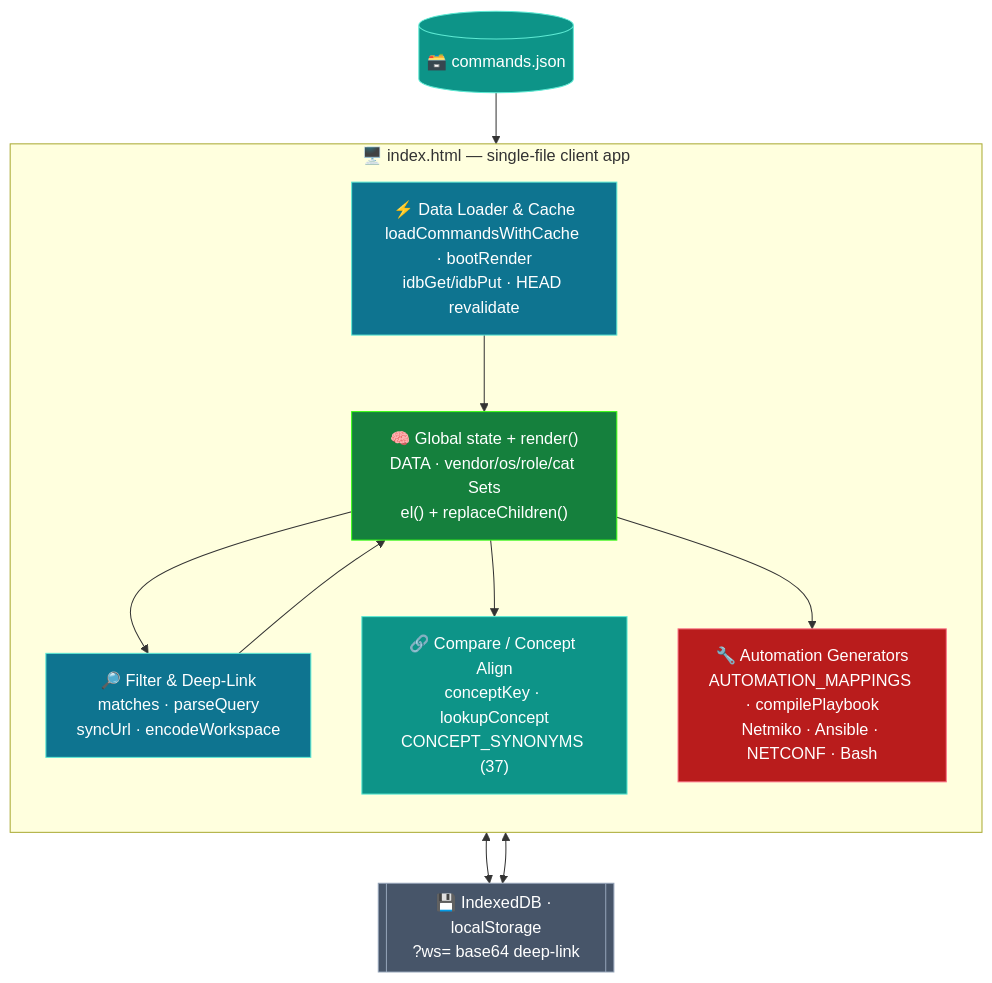
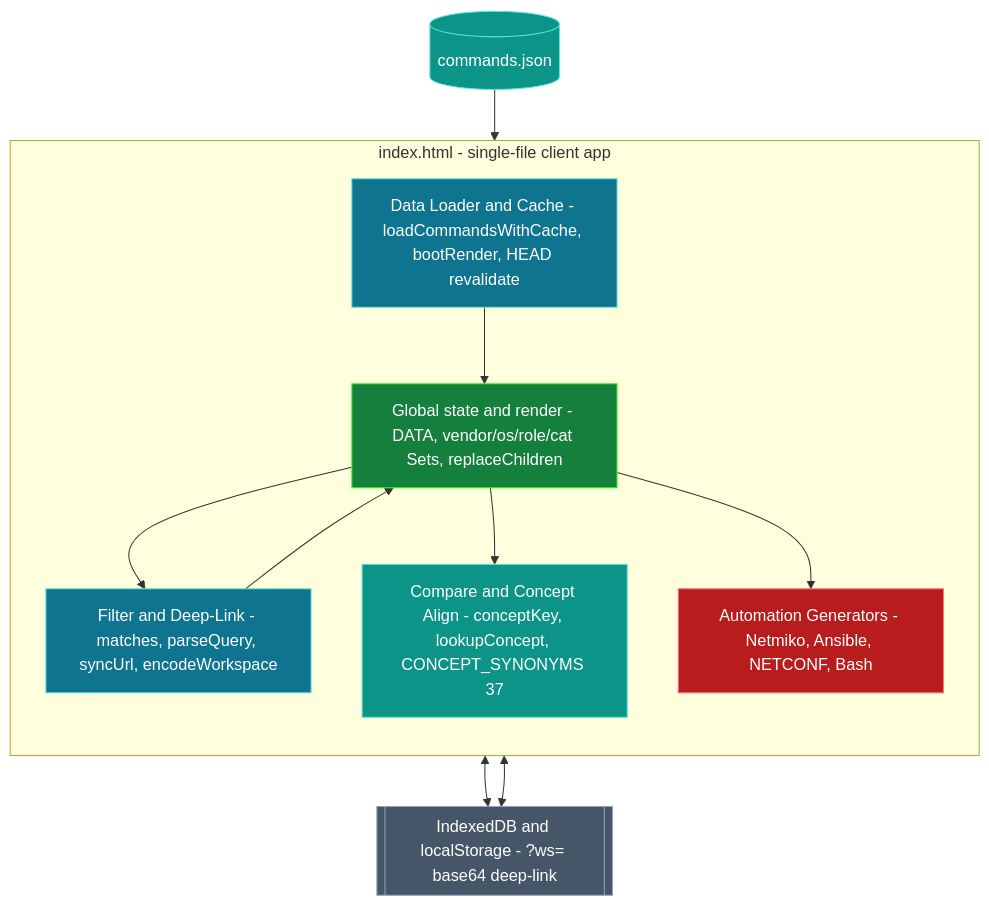
One commit to gesh75/multivendor-cli-configurator changed the second of 6 diagrams in docs/ARCHITECTURE.md. Above: the diagram before and after it, drawn with Mermaid. The commit also changed other lines of this file and 1 other file, not shown here.

Commit message:
docs: harden mermaid diagrams for reliable GitHub rendering

````diff
--- a/docs/ARCHITECTURE.md
+++ b/docs/ARCHITECTURE.md
@@ -82,28 +82,28 @@
 ```mermaid
 flowchart TB
-    subgraph BROWSER["🖥️ index.html — single-file client app"]
+    subgraph BROWSER["index.html - single-file client app"]
       direction TB
-      boot["⚡ Data Loader & Cache<br/>loadCommandsWithCache · bootRender<br/>idbGet/idbPut · HEAD revalidate"]:::svc
-      state["🧠 Global state + render()<br/>DATA · vendor/os/role/cat Sets<br/>el() + replaceChildren()"]:::core
-      filter["🔎 Filter & Deep-Link<br/>matches · parseQuery<br/>syncUrl · encodeWorkspace"]:::svc
-      compare["🔗 Compare / Concept Align<br/>conceptKey · lookupConcept<br/>CONCEPT_SYNONYMS (37)"]:::accent
-      auto["🔧 Automation Generators<br/>AUTOMATION_MAPPINGS · compilePlaybook<br/>Netmiko · Ansible · NETCONF · Bash"]:::danger
+      boot["Data Loader and Cache - loadCommandsWithCache, bootRender, HEAD revalidate"]:::svc
+      state["Global state and render - DATA, vendor/os/role/cat Sets, replaceChildren"]:::core
+      filter["Filter and Deep-Link - matches, parseQuery, syncUrl, encodeWorkspace"]:::svc
+      compare["Compare and Concept Align - conceptKey, lookupConcept, CONCEPT_SYNONYMS 37"]:::accent
+      auto["Automation Generators - Netmiko, Ansible, NETCONF, Bash"]:::danger
     end
 
-    json[("🗃️ commands.json")]:::store
-    persist[["💾 IndexedDB · localStorage<br/>?ws= base64 deep-link"]]:::ext
+    json[("commands.json")]:::store
+    persist[["IndexedDB and localStorage - ?ws= base64 deep-link"]]:::ext
 
     json --> boot --> state
     state --> filter --> state
     state --> compare
     state --> auto
     boot <--> persist
     filter <--> persist
 
     classDef core   fill:#15803d,stroke:#39ff14,color:#fff
     classDef svc    fill:#0e7490,stroke:#5eead4,color:#fff
     classDef accent fill:#0d9488,stroke:#5eead4,color:#fff
     classDef danger fill:#b91c1c,stroke:#fb7185,color:#fff
     classDef store  fill:#0d9488,stroke:#5eead4,color:#fff
     classDef ext    fill:#475569,stroke:#94a3b8,color:#fff
 ```
````
